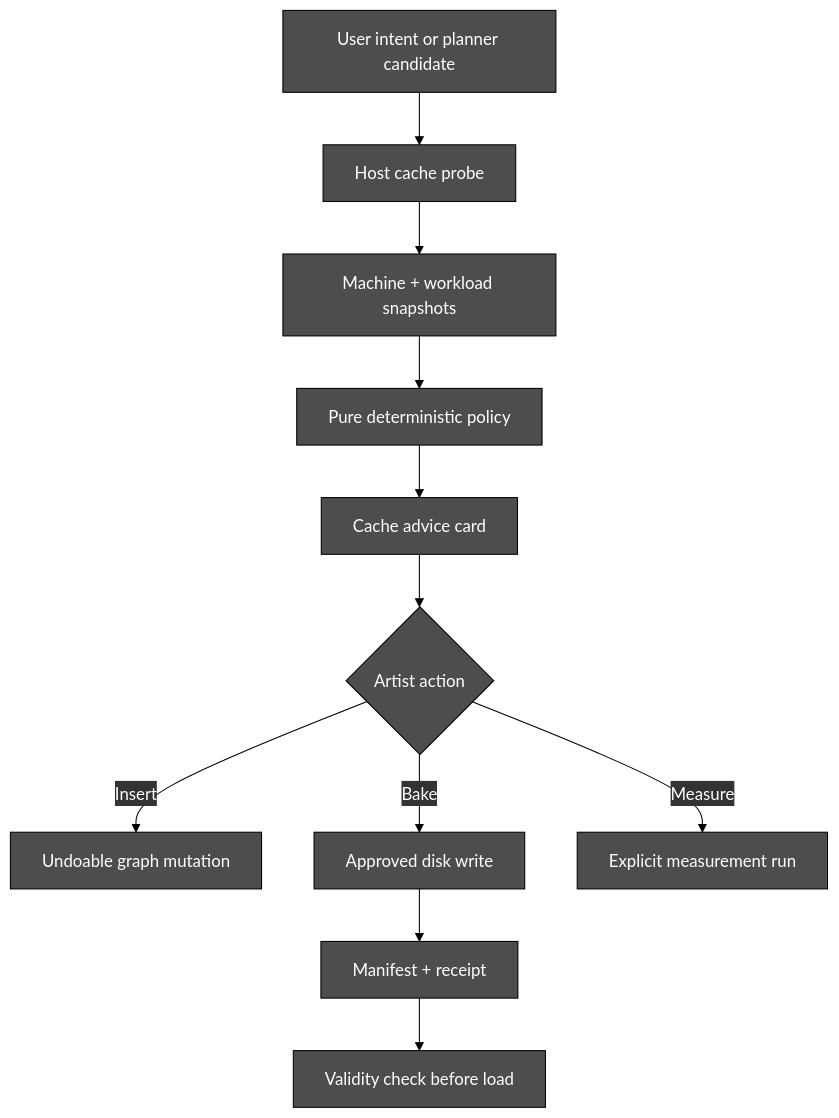
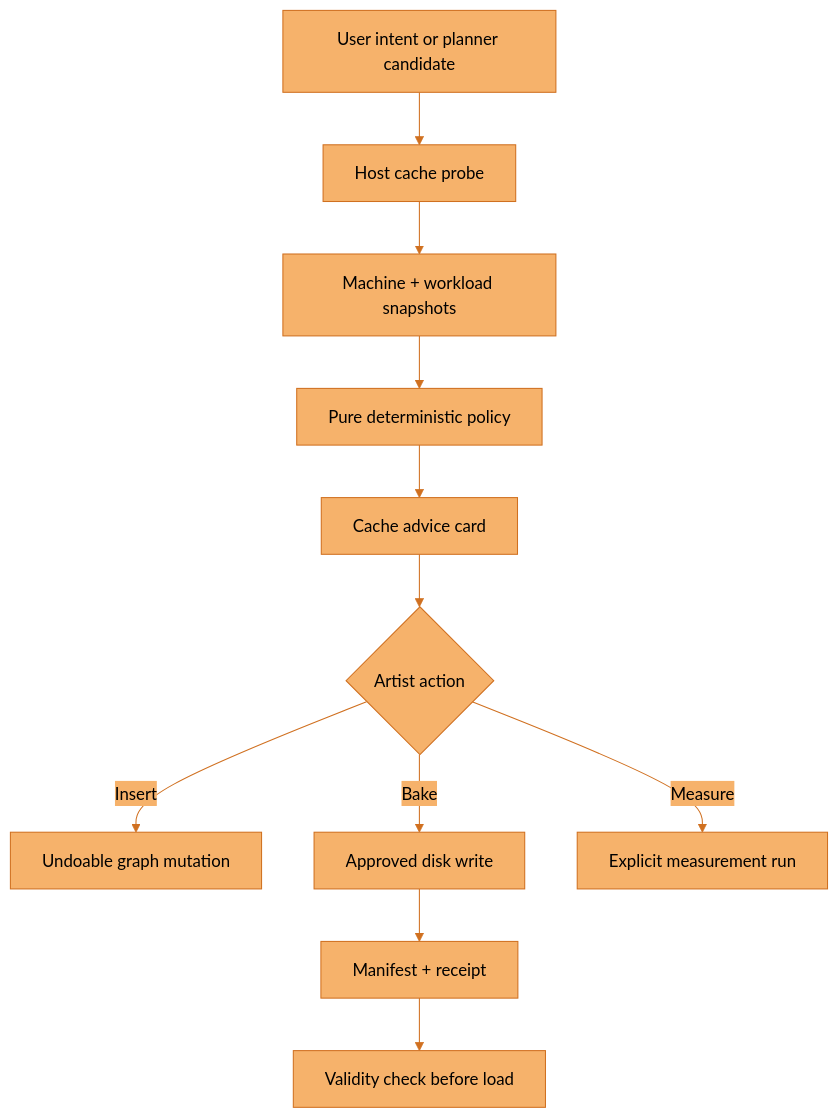
One commit to JosephOIbrahim/Synapse changed the diagram in docs/SYNAPSE_RESOURCE_AWARE_CACHE_BLUEPRINT.md. Above: the diagram before and after it, drawn with Mermaid. The commit also changed 9 other files, not shown here.

````diff
--- a/docs/SYNAPSE_RESOURCE_AWARE_CACHE_BLUEPRINT.md
+++ b/docs/SYNAPSE_RESOURCE_AWARE_CACHE_BLUEPRINT.md
@@ -214,14 +214,14 @@
 ```mermaid
-%%{init: {'theme':'base','themeVariables':{'primaryColor':'#4d4d4d','primaryTextColor':'#FFFFFF','primaryBorderColor':'#000000','lineColor':'#000000','textColor':'#FFFFFF','secondaryColor':'#404040','tertiaryColor':'#333333','clusterBkg':'#333333','clusterBorder':'#000000','edgeLabelBackground':'#333333','nodeTextColor':'#FFFFFF'}}}%%
+%%{init: {'theme':'base','themeVariables':{'primaryColor':'#F6B26B','primaryTextColor':'#000000','primaryBorderColor':'#D07020','lineColor':'#D07020','textColor':'#000000','secondaryColor':'#F6B26B','tertiaryColor':'#F6B26B','clusterBkg':'#F6B26B','clusterBorder':'#D07020','edgeLabelBackground':'#F6B26B','nodeTextColor':'#000000'}}}%%
 flowchart TD
     A["User intent or planner candidate"] --> B["Host cache probe"]
     B --> C["Machine + workload snapshots"]
     C --> D["Pure deterministic policy"]
     D --> E["Cache advice card"]
     E --> F{"Artist action"}
     F -->|Insert| G["Undoable graph mutation"]
     F -->|Bake| H["Approved disk write"]
     F -->|Measure| I["Explicit measurement run"]
     H --> J["Manifest + receipt"]
     J --> K["Validity check before load"]
 ```
````
